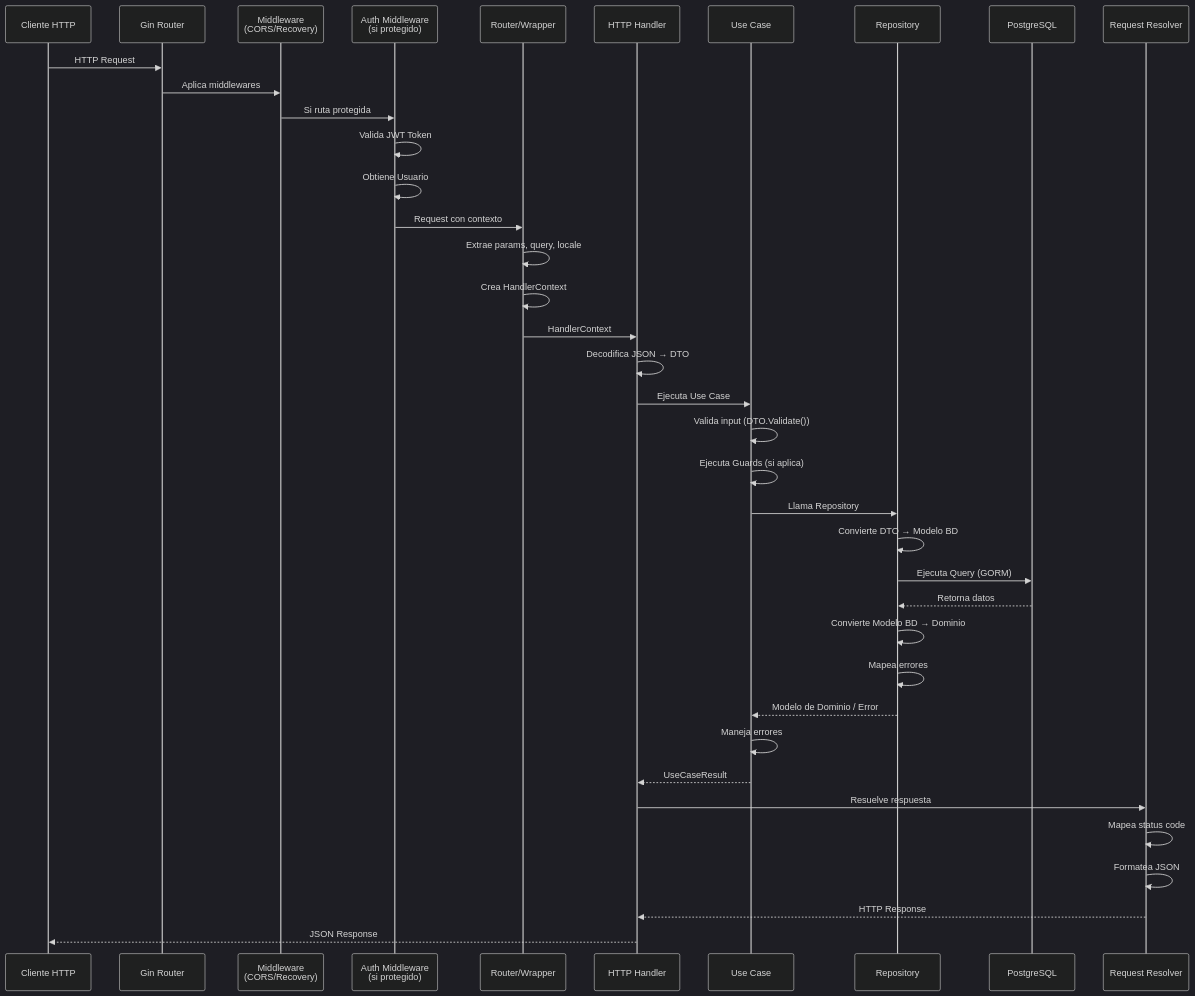
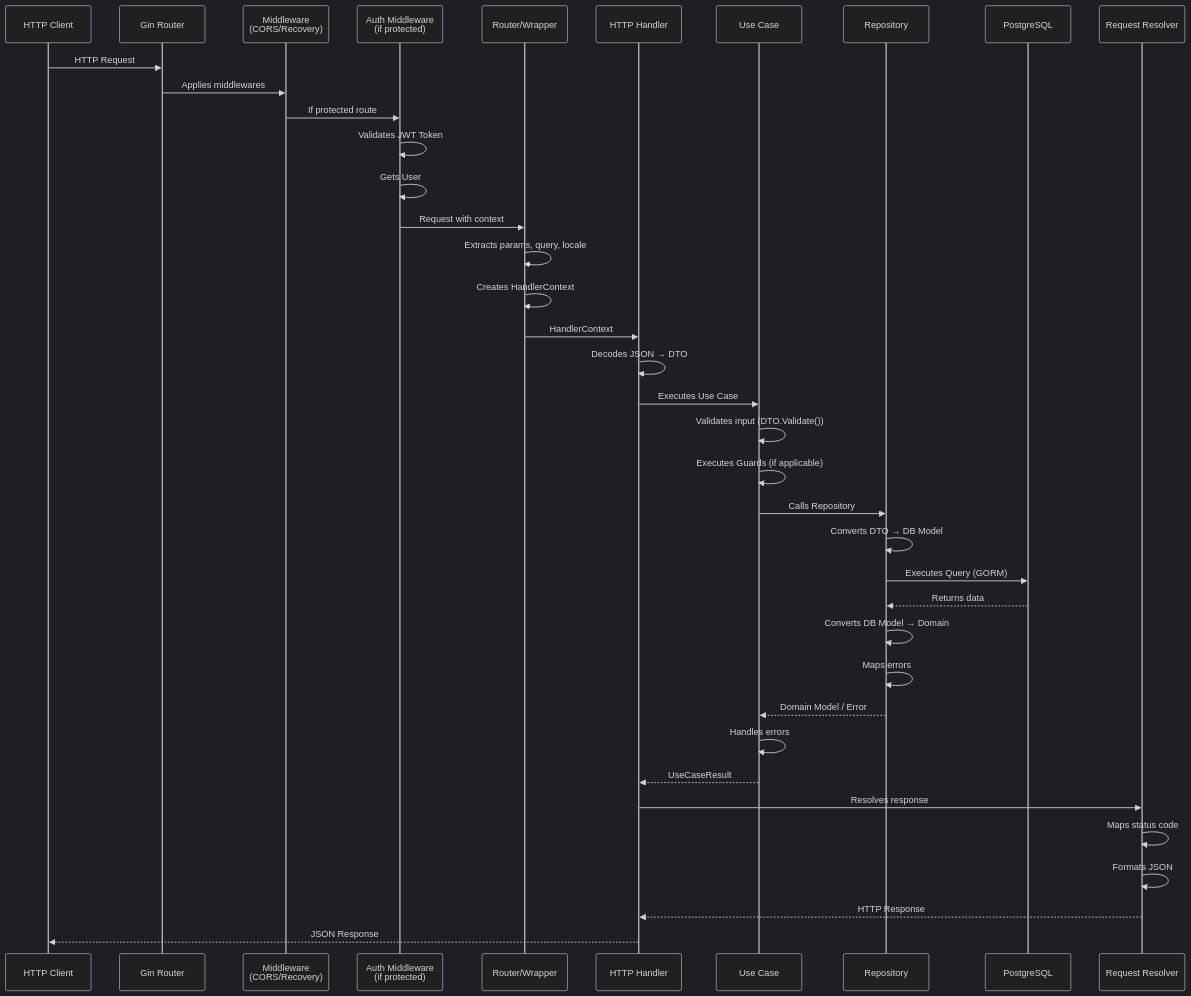
Diagram 11 of 27 in README.md (Simon3640/GoProjectSkeleton), drawn with Mermaid (dark theme) before and after one commit. The commit also changed other lines of this file and 1 other file, not shown here.

````diff
--- a/README.md
+++ b/README.md
@@ -1410,41 +1410,41 @@
 ```mermaid
 sequenceDiagram
-    participant Client as Cliente HTTP
+    participant Client as HTTP Client
     participant Gin as Gin Router
     participant MW as Middleware<br/>(CORS/Recovery)
-    participant AuthMW as Auth Middleware<br/>(si protegido)
+    participant AuthMW as Auth Middleware<br/>(if protected)
     participant Router as Router/Wrapper
     participant Handler as HTTP Handler
     participant UseCase as Use Case
     participant Repo as Repository
     participant DB as PostgreSQL
     participant Resolver as Request Resolver
 
     Client->>Gin: HTTP Request
-    Gin->>MW: Aplica middlewares
-    MW->>AuthMW: Si ruta protegida
-    AuthMW->>AuthMW: Valida JWT Token
-    AuthMW->>AuthMW: Obtiene Usuario
-    AuthMW->>Router: Request con contexto
-    Router->>Router: Extrae params, query, locale
-    Router->>Router: Crea HandlerContext
+    Gin->>MW: Applies middlewares
+    MW->>AuthMW: If protected route
+    AuthMW->>AuthMW: Validates JWT Token
+    AuthMW->>AuthMW: Gets User
+    AuthMW->>Router: Request with context
+    Router->>Router: Extracts params, query, locale
+    Router->>Router: Creates HandlerContext
     Router->>Handler: HandlerContext
-    Handler->>Handler: Decodifica JSON → DTO
-    Handler->>UseCase: Ejecuta Use Case
-    UseCase->>UseCase: Valida input (DTO.Validate())
-    UseCase->>UseCase: Ejecuta Guards (si aplica)
-    UseCase->>Repo: Llama Repository
-    Repo->>Repo: Convierte DTO → Modelo BD
-    Repo->>DB: Ejecuta Query (GORM)
-    DB-->>Repo: Retorna datos
-    Repo->>Repo: Convierte Modelo BD → Dominio
-    Repo->>Repo: Mapea errores
-    Repo-->>UseCase: Modelo de Dominio / Error
-    UseCase->>UseCase: Maneja errores
+    Handler->>Handler: Decodes JSON → DTO
+    Handler->>UseCase: Executes Use Case
+    UseCase->>UseCase: Validates input (DTO.Validate())
+    UseCase->>UseCase: Executes Guards (if applicable)
+    UseCase->>Repo: Calls Repository
+    Repo->>Repo: Converts DTO → DB Model
+    Repo->>DB: Executes Query (GORM)
+    DB-->>Repo: Returns data
+    Repo->>Repo: Converts DB Model → Domain
+    Repo->>Repo: Maps errors
+    Repo-->>UseCase: Domain Model / Error
+    UseCase->>UseCase: Handles errors
     UseCase-->>Handler: UseCaseResult
-    Handler->>Resolver: Resuelve respuesta
-    Resolver->>Resolver: Mapea status code
-    Resolver->>Resolver: Formatea JSON
+    Handler->>Resolver: Resolves response
+    Resolver->>Resolver: Maps status code
+    Resolver->>Resolver: Formats JSON
     Resolver-->>Handler: HTTP Response
     Handler-->>Client: JSON Response
 ```
````
